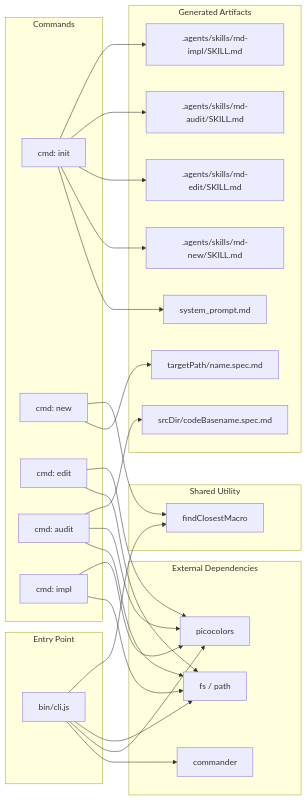
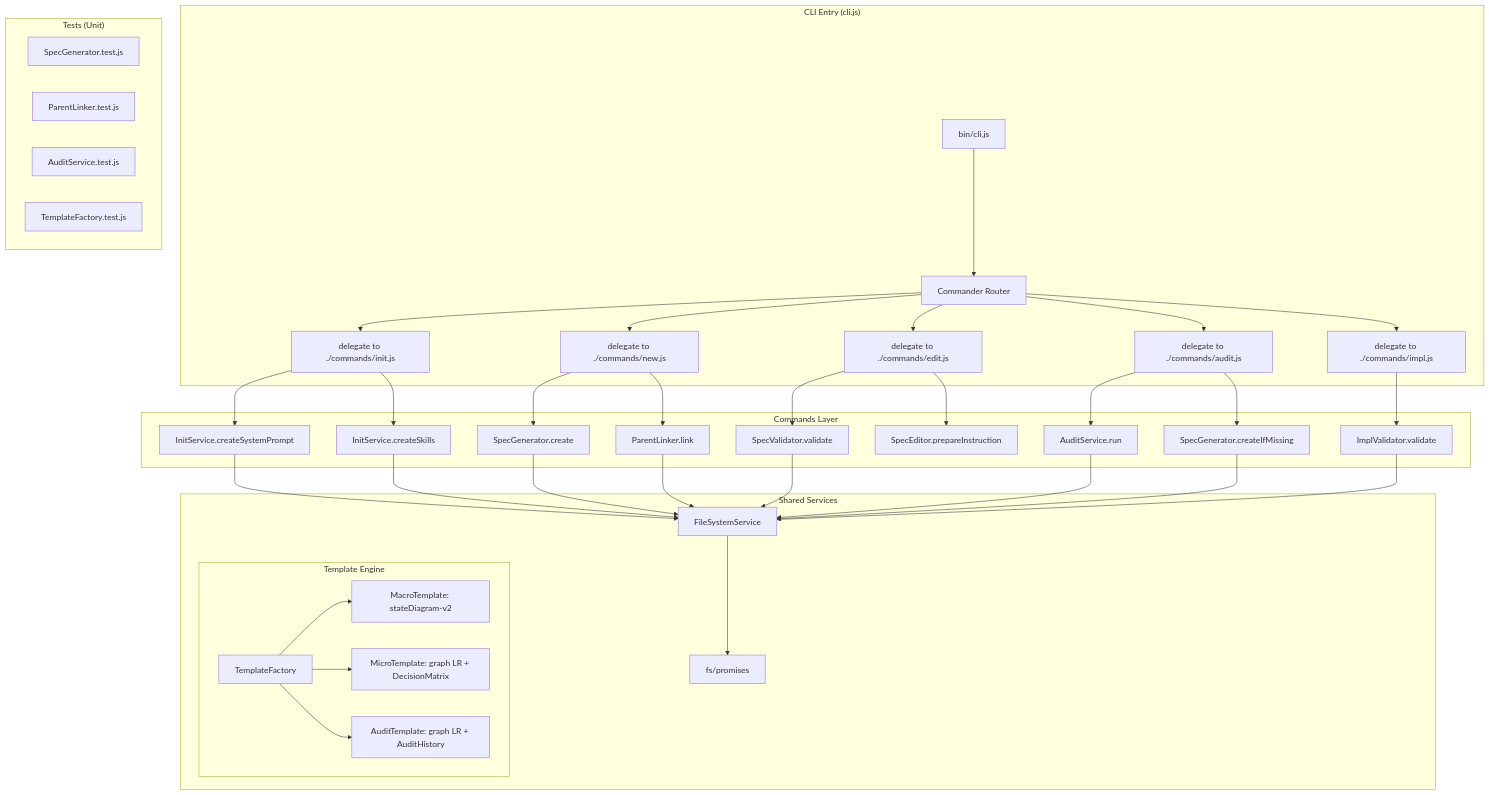
Before and after one commit to JulioCRFilho/mermaid-diagram-driven-development: the second of 2 diagrams in bin/cli.spec.md, drawn with Mermaid. The commit also changed other lines of this file and 5 other files, not shown here.

First line of the commit message:
feat(agents): add md-audit and md-edit skill definitions

````diff
--- a/bin/cli.spec.md
+++ b/bin/cli.spec.md
@@ -181,57 +74,49 @@
 ```mermaid
-%% @spec-version v1.2.0
-graph LR
-    subgraph "Entry Point"
-        CLI["bin/cli.js"]
+%% @spec-version v1.0.0
+graph TD
+    subgraph "CLI Entry (cli.js)"
+        A[bin/cli.js] --> B[Commander Router]
+        B --> C[delegate to ./commands/init.js]
+        B --> D[delegate to ./commands/new.js]
+        B --> E[delegate to ./commands/edit.js]
+        B --> F[delegate to ./commands/audit.js]
+        B --> G[delegate to ./commands/impl.js]
     end
 
-    subgraph "External Dependencies"
-        CMD[commander]
-        PC[picocolors]
-        FS[fs / path]
+    subgraph "Commands Layer"
+        C --> H[InitService.createSystemPrompt]
+        C --> I[InitService.createSkills]
+        D --> J[SpecGenerator.create]
+        D --> K[ParentLinker.link]
+        E --> L[SpecValidator.validate]
+        E --> M[SpecEditor.prepareInstruction]
+        F --> N[AuditService.run]
+        F --> O[SpecGenerator.createIfMissing]
+        G --> P[ImplValidator.validate]
     end
 
-    subgraph "Shared Utility"
-        FCM[findClosestMacro]
+    subgraph "Shared Services"
+        H --> Q[FileSystemService]
+        I --> Q
+        J --> Q
+        K --> Q
+        L --> Q
+        N --> Q
+        O --> Q
+        P --> Q
+        Q --> R[fs/promises]
+
+        subgraph "Template Engine"
+            S[TemplateFactory] --> T[MacroTemplate: stateDiagram-v2]
+            S --> U[MicroTemplate: graph LR + DecisionMatrix]
+            S --> V[AuditTemplate: graph LR + AuditHistory]
+        end
     end
 
-    subgraph "Commands"
-        INIT[cmd: init]
-        NEW[cmd: new]
-        EDIT[cmd: edit]
-        AUDIT[cmd: audit]
-        IMPL[cmd: impl]
+    subgraph "Tests (Unit)"
+        W[SpecGenerator.test.js]
+        X[ParentLinker.test.js]
+        Y[AuditService.test.js]
+        Z[TemplateFactory.test.js]
     end
-
-    subgraph "Generated Artifacts"
-        SP[system_prompt.md]
-        SK1[.agents/skills/md-new/SKILL.md]
-        SK2[.agents/skills/md-edit/SKILL.md]
-        SK3[.agents/skills/md-audit/SKILL.md]
-        SK4[.agents/skills/md-impl/SKILL.md]
-        SPEC[targetPath/name.spec.md]
-        ASPEC[srcDir/codeBasename.spec.md]
-    end
-
-    CLI --> CMD
-    CLI --> PC
-    CLI --> FS
-    CLI --> FCM
-
-    INIT --> SP
-    INIT --> SK1
-    INIT --> SK2
-    INIT --> SK3
-    INIT --> SK4
-
-    NEW --> SPEC
-    NEW --> FCM
-
-    AUDIT --> FS
-    AUDIT --> PC
-    AUDIT --> ASPEC
-    IMPL --> FS
-    IMPL --> PC
-    EDIT --> FS
-    EDIT --> PC
 ```
````
